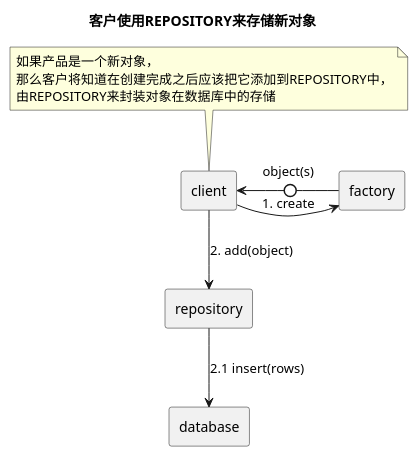
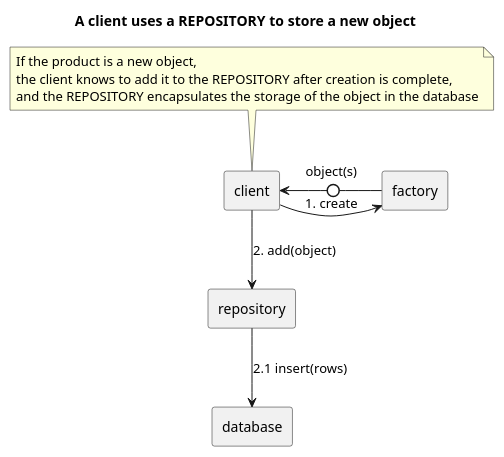
One commit to lindezhong/nvim-config changed the seventh of 19 diagrams in snippets/ddd.md. Above: the diagram before and after it, drawn with PlantUML. The commit also changed other lines of this file and 17 other files, not shown here.

````diff
--- a/snippets/ddd.md
+++ b/snippets/ddd.md
@@ -427,22 +607,22 @@
 ```plantuml
 @startuml
 allowmixing
-title 客户使用REPOSITORY来存储新对象
+title A client uses a REPOSITORY to store a new object
 
 rectangle client
 rectangle repository
 rectangle database
 rectangle factory
 
 client -right-> factory : 1. create
 factory -0--> client : object(s)
-client --> repository : 2. add(object) 
-repository --> database : 2.1 insert(rows) 
+client --> repository : 2. add(object)
+repository --> database : 2.1 insert(rows)
 
 note top of client
-如果产品是一个新对象，
-那么客户将知道在创建完成之后应该把它添加到REPOSITORY中，
-由REPOSITORY来封装对象在数据库中的存储
+If the product is a new object,
+the client knows to add it to the REPOSITORY after creation is complete,
+and the REPOSITORY encapsulates the storage of the object in the database
 end note
 @enduml
 ```
````
